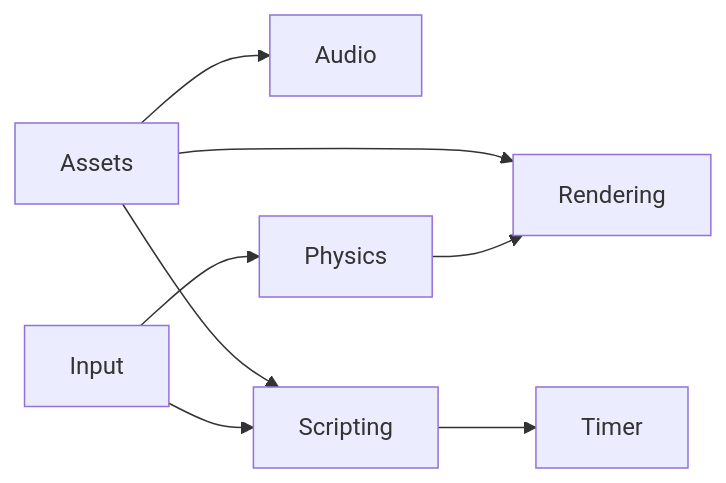
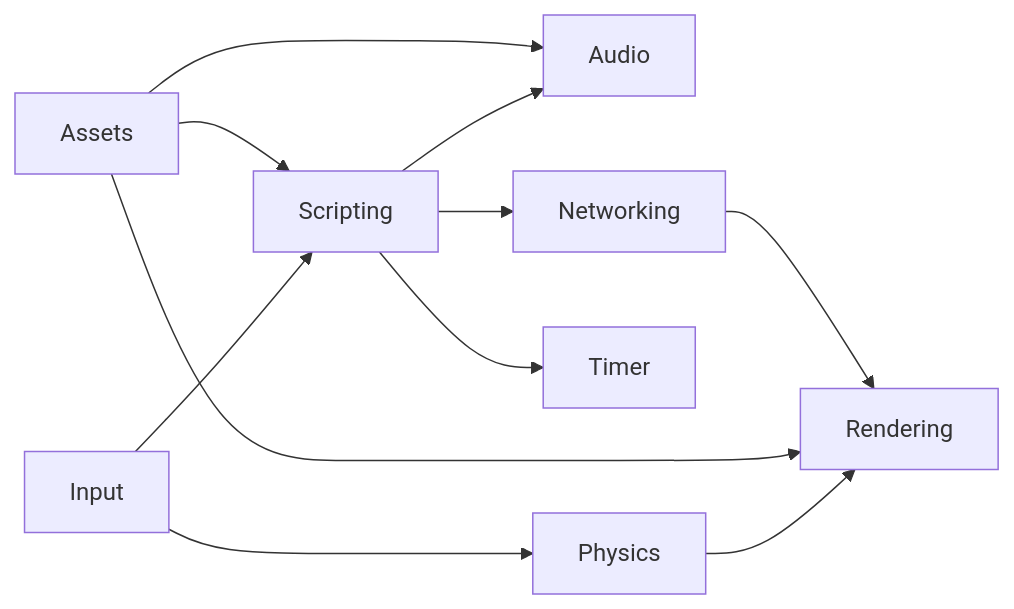
One commit to Chukobyte/seika-engine changed the diagram in README.md. Above: the diagram before and after it, drawn with Mermaid. The commit also changed 568 other files, not shown here.

````diff
--- a/README.md
+++ b/README.md
@@ -45,18 +45,22 @@
 ```mermaid
 
 graph LR;
     C[Audio]
     D[Rendering]
     E[Physics]
     E-->D
     F[Input]
     F-->G
     F-->E
     G[Scripting]
+    G-->C
     G-->I
+    G-->J
     H[Assets]
     H-->C
     H-->D
     H-->G
     I[Timer]
+    J[Networking]
+    J-->D
 ```
````
